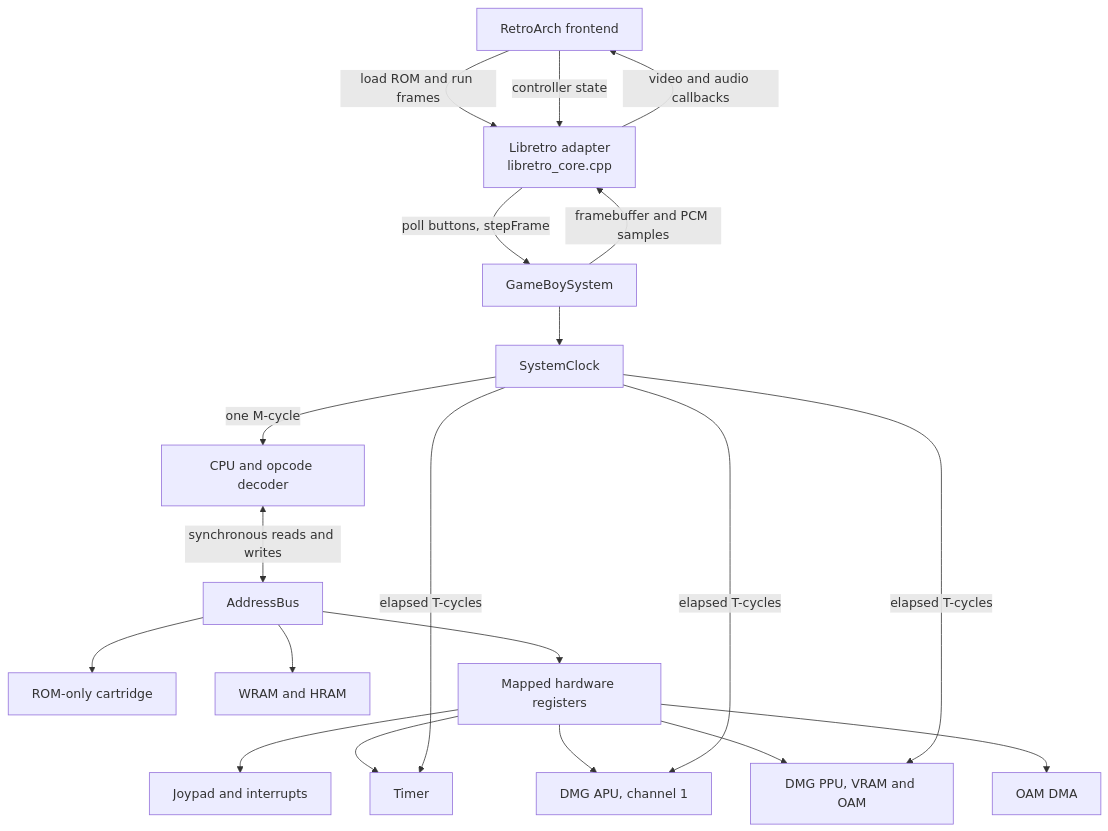
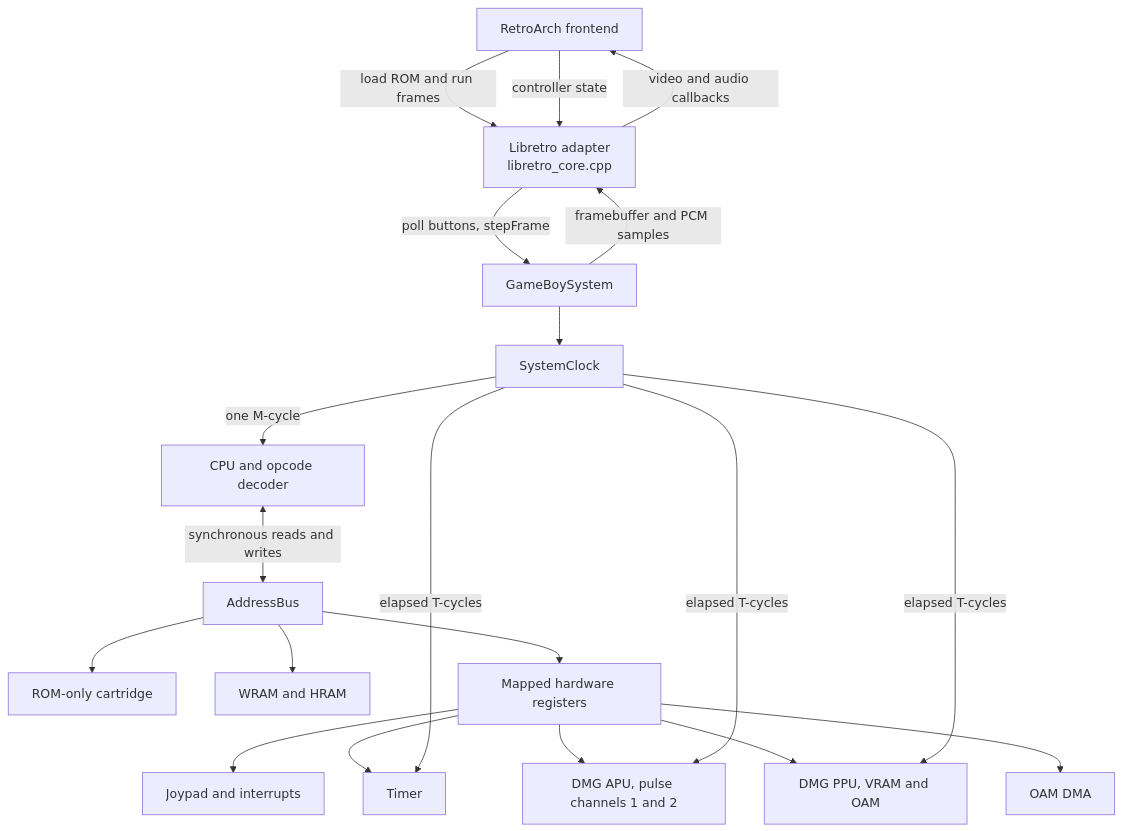
Before and after one commit to jiayeli-hualien/LotusGB: the diagram in docs/architecture.md, drawn with Mermaid. The commit also changed other lines of this file and 4 other files, not shown here.

Commit message:
Add DMG APU pulse channel 2

````diff
--- a/docs/architecture.md
+++ b/docs/architecture.md
@@ -13,26 +13,26 @@
 ```mermaid
 flowchart TD
     RA[RetroArch frontend] -->|load ROM and run frames| LR[Libretro adapter<br/>libretro_core.cpp]
     RA -->|controller state| LR
     LR -->|poll buttons, stepFrame| SYS[GameBoySystem]
 
     SYS --> CLOCK[SystemClock]
     CLOCK -->|one M-cycle| CPU[CPU and opcode decoder]
     CPU <-->|synchronous reads and writes| BUS[AddressBus]
 
     BUS --> CART[ROM-only cartridge]
     BUS --> RAM[WRAM and HRAM]
     BUS --> IO[Mapped hardware registers]
     IO --> JOY[Joypad and interrupts]
     IO --> TIMER[Timer]
-    IO --> APU[DMG APU, channel 1]
+    IO --> APU[DMG APU, pulse channels 1 and 2]
     IO --> PPU[DMG PPU, VRAM and OAM]
     IO --> DMA[OAM DMA]
 
     CLOCK -->|elapsed T-cycles| TIMER
     CLOCK -->|elapsed T-cycles| APU
     CLOCK -->|elapsed T-cycles| PPU
 
     SYS -->|framebuffer and PCM samples| LR
     LR -->|video and audio callbacks| RA
 ```
````
